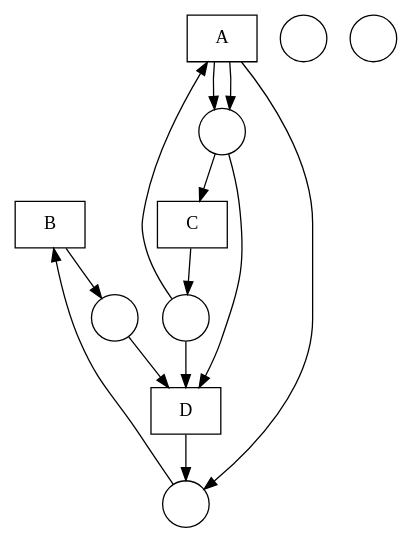
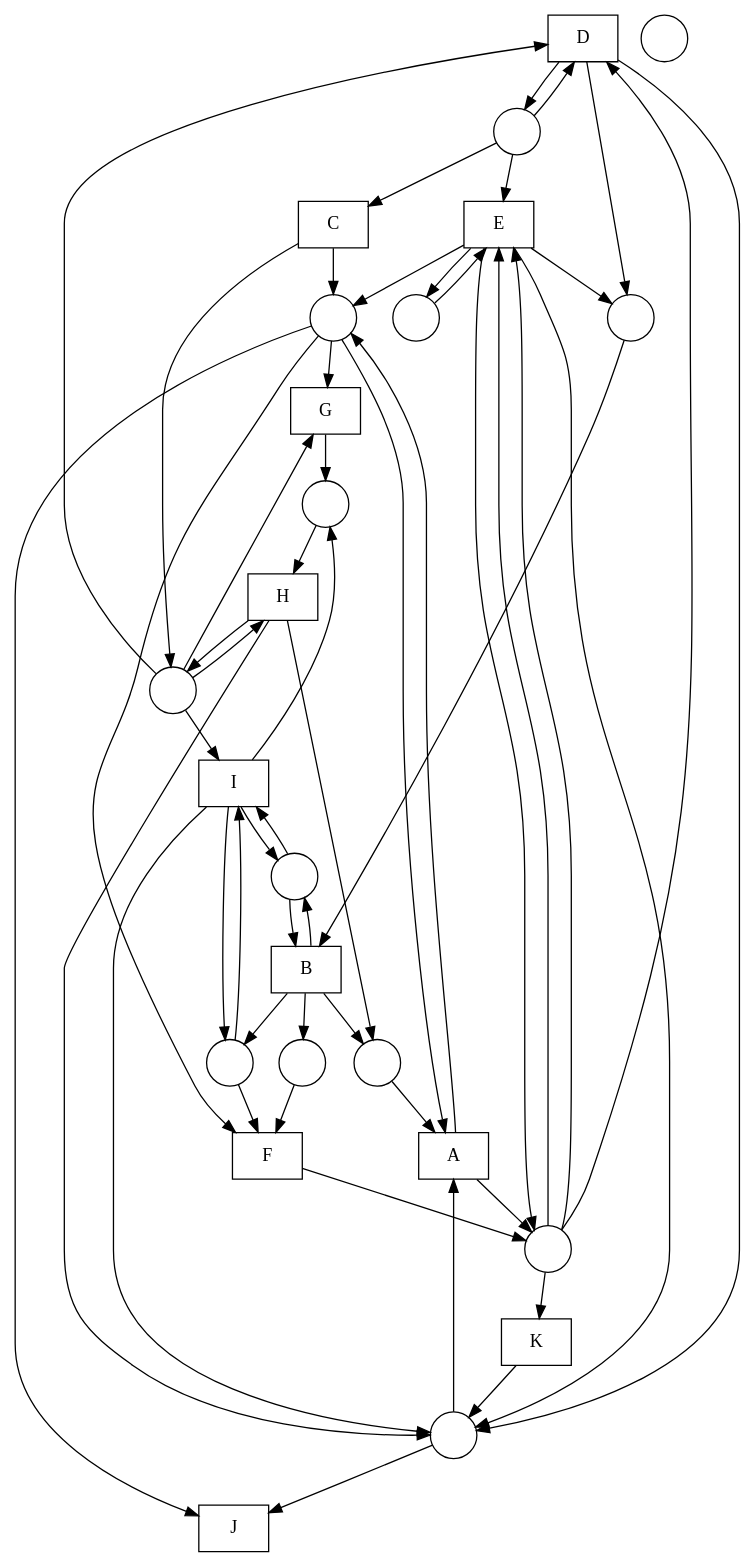
Before and after one commit to DWitek97/GeneticMiner: the diagram in nets/Fittest net.gv, drawn with Graphviz. The commit also changed 7 other files, not shown here.

```diff
--- a/nets/Fittest net.gv
+++ b/nets/Fittest net.gv
@@ -1,26 +1,80 @@
 digraph "Fittest net" {
 	node [shape=box]
+	D [label=D]
+	H [label=H]
+	J [label=J]
+	C [label=C]
+	K [label=K]
+	A [label=A]
+	F [label=F]
+	I [label=I]
+	E [label=E]
+	G [label=G]
 	B [label=B]
-	D [label=D]
-	C [label=C]
-	A [label=A]
 	node [shape=circle]
 	1 [label=" "]
 	2 [label=" "]
 	3 [label=" "]
 	4 [label=" "]
 	5 [label=" "]
 	6 [label=" "]
-	3 -> B
-	B -> 4
+	7 [label=" "]
+	8 [label=" "]
+	9 [label=" "]
+	10 [label=" "]
+	11 [label=" "]
+	12 [label=" "]
+	13 [label=" "]
 	1 -> D
-	4 -> D
-	2 -> D
-	D -> 3
-	2 -> C
-	C -> 1
-	1 -> A
-	A -> 3
-	A -> 2
-	A -> 2
+	10 -> D
+	8 -> D
+	D -> 7
+	D -> 5
+	D -> 1
+	11 -> H
+	8 -> H
+	H -> 8
+	H -> 7
+	H -> 3
+	4 -> J
+	7 -> J
+	1 -> C
+	C -> 4
+	C -> 8
+	10 -> K
+	K -> 7
+	4 -> A
+	7 -> A
+	3 -> A
+	A -> 10
+	A -> 4
+	6 -> F
+	2 -> F
+	4 -> F
+	F -> 10
+	6 -> I
+	9 -> I
+	8 -> I
+	I -> 7
+	I -> 11
+	I -> 9
+	I -> 6
+	13 -> E
+	10 -> E
+	10 -> E
+	1 -> E
+	E -> 5
+	E -> 10
+	E -> 7
+	E -> 13
+	E -> 4
+	8 -> G
+	4 -> G
+	G -> 11
+	9 -> B
+	5 -> B
+	B -> 3
+	B -> 6
+	B -> 9
+	B -> 2
 }
```
